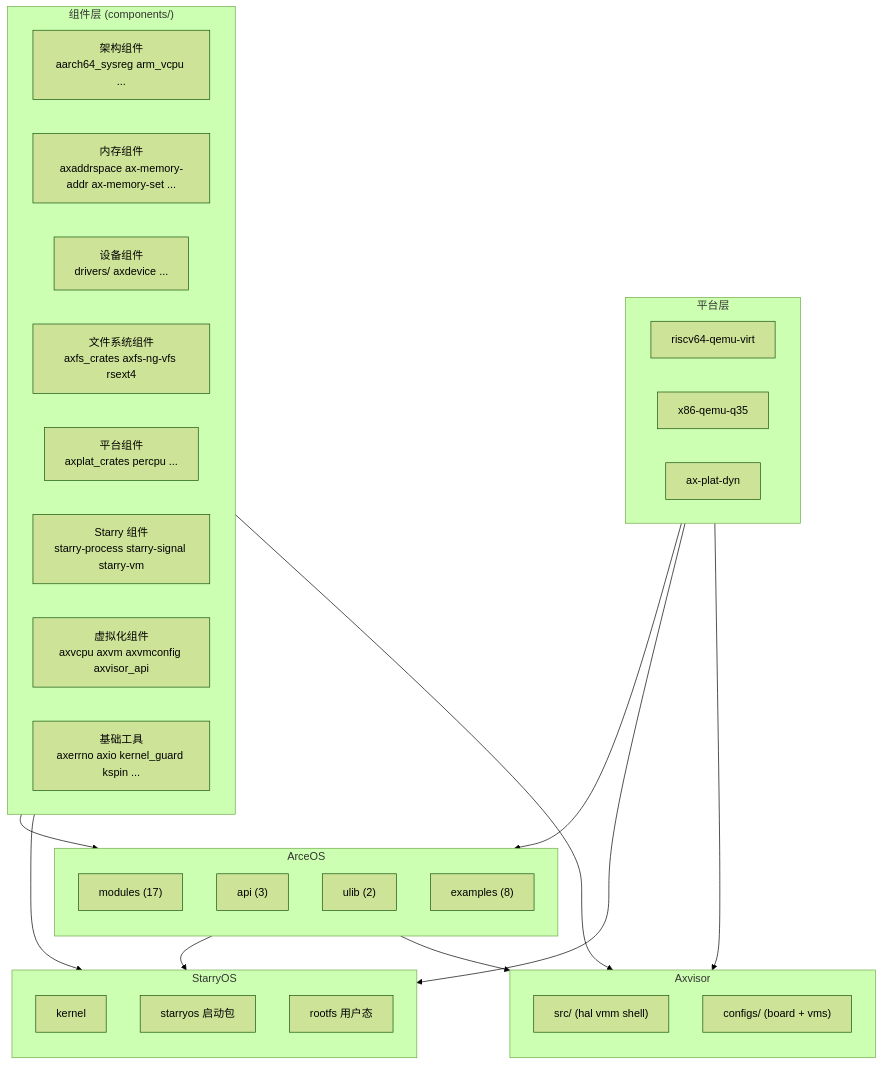
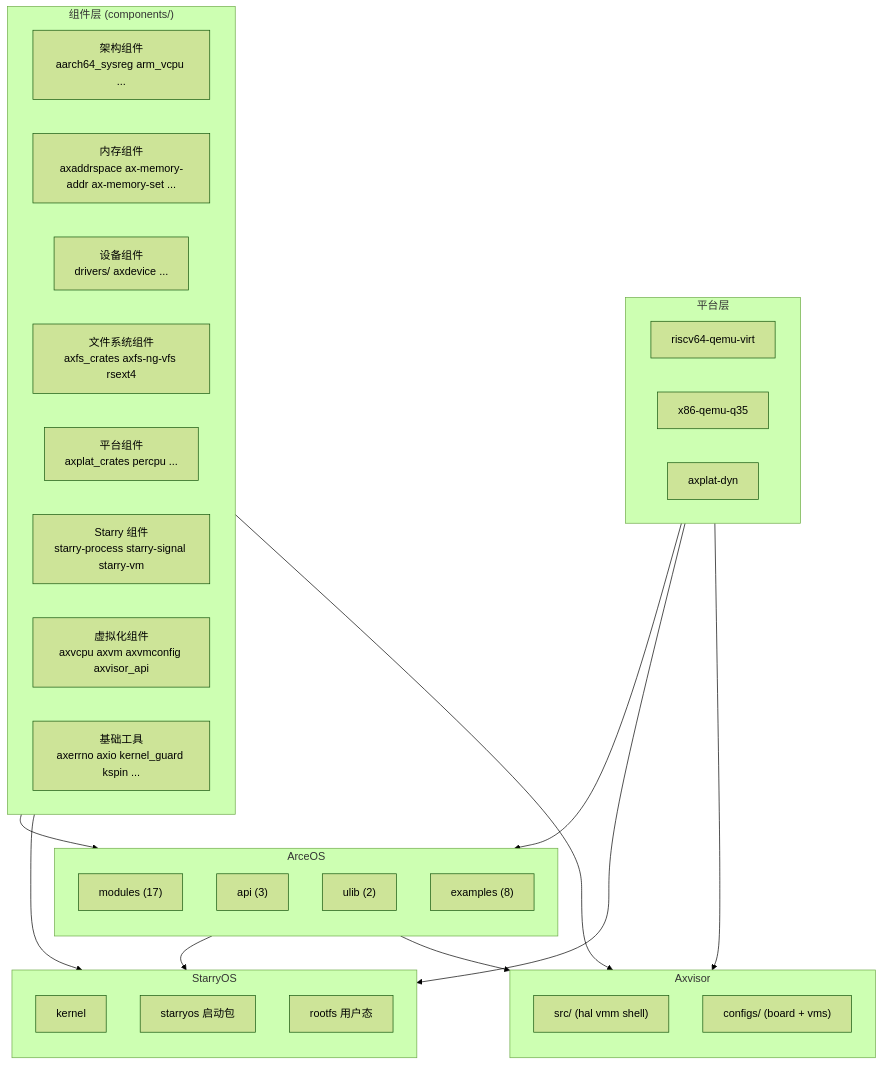
One commit to rcore-os/tgoskits changed the first of 2 diagrams in docs/docs/architecture/overview.md. Above: the diagram before and after it, drawn with Mermaid (forest theme). The commit also changed other lines of this file and 38 other files, not shown here.

First line of the commit message:
refactor: restructure axplat-dyn platform module

````diff
--- a/docs/docs/architecture/overview.md
+++ b/docs/docs/architecture/overview.md
@@ -10,51 +10,51 @@
 ```mermaid
 flowchart TD
     subgraph Components["组件层 (components/)"]
         direction LR
         C1["架构组件<br/>aarch64_sysreg arm_vcpu ..."]
         C2["内存组件<br/>axaddrspace ax-memory-addr ax-memory-set ..."]
         C3["设备组件<br/>drivers/ axdevice ..."]
         C4["文件系统组件<br/>axfs_crates axfs-ng-vfs rsext4"]
         C5["平台组件<br/>axplat_crates percpu ..."]
         C6["Starry 组件<br/>starry-process starry-signal starry-vm"]
         C7["虚拟化组件<br/>axvcpu axvm axvmconfig axvisor_api"]
         C8["基础工具<br/>axerrno axio kernel_guard kspin ..."]
     end
 
     subgraph ArceOS["ArceOS"]
         direction TB
         AM["modules (17)"]
         AA["api (3)"]
         AU["ulib (2)"]
         AX["examples (8)"]
     end
 
     subgraph StarryOS["StarryOS"]
         direction TB
         SK["kernel"]
         SP["starryos 启动包"]
         SR["rootfs 用户态"]
     end
 
     subgraph Axvisor["Axvisor"]
         direction TB
         AV["src/ (hal vmm shell)"]
         AC["configs/ (board + vms)"]
     end
 
     subgraph Platform["平台层"]
         direction LR
         P1["riscv64-qemu-virt"]
         P2["x86-qemu-q35"]
-        P3["ax-plat-dyn"]
+        P3["axplat-dyn"]
     end
 
     Components --> ArceOS
     Components --> StarryOS
     Components --> Axvisor
     ArceOS --> StarryOS
     ArceOS --> Axvisor
     Platform --> ArceOS
     Platform --> StarryOS
     Platform --> Axvisor
 ```
````
